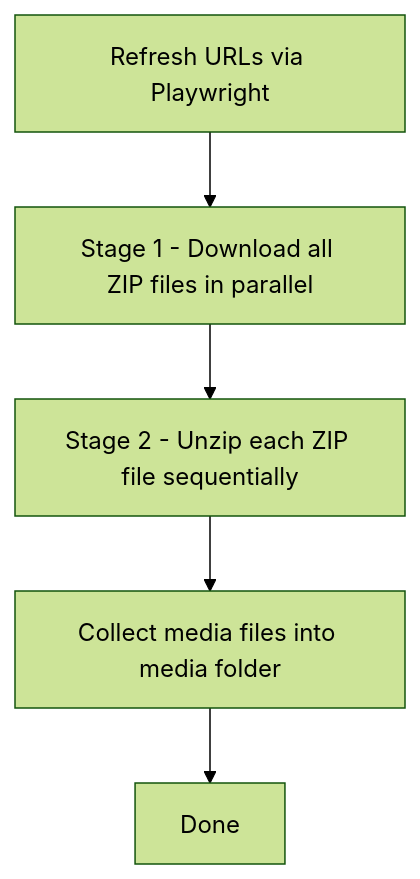
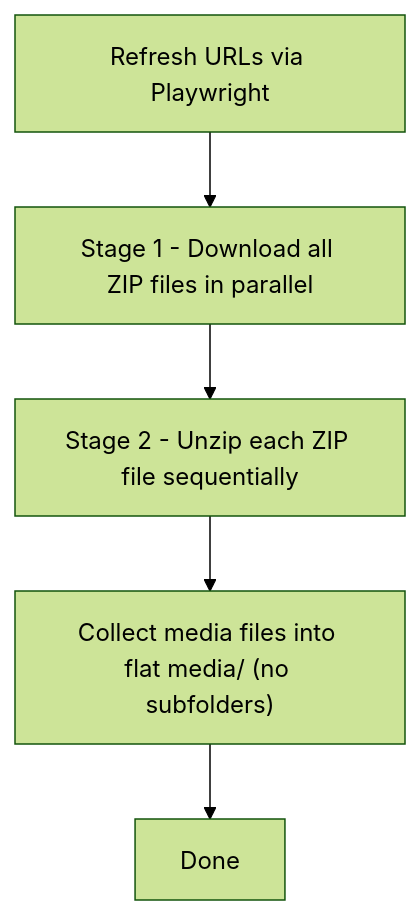
Before and after one commit to Metaheurist/SnapMem: the first of 3 diagrams in README.md, drawn with Mermaid (forest theme). The commit also changed other lines of this file and 3 other files, not shown here.

First line of the commit message:
Flat media output, flatten-media UI button, README update

````diff
--- a/README.md
+++ b/README.md
@@ -77,7 +79,7 @@
 ```mermaid
 flowchart TD
   A["Refresh URLs via Playwright"] --> B["Stage 1 - Download all ZIP files in parallel"]
   B --> C["Stage 2 - Unzip each ZIP file sequentially"]
-  C --> D["Collect media files into media folder"]
+  C --> D["Collect media files into flat media/ (no subfolders)"]
   D --> E[Done]
 ```
````
